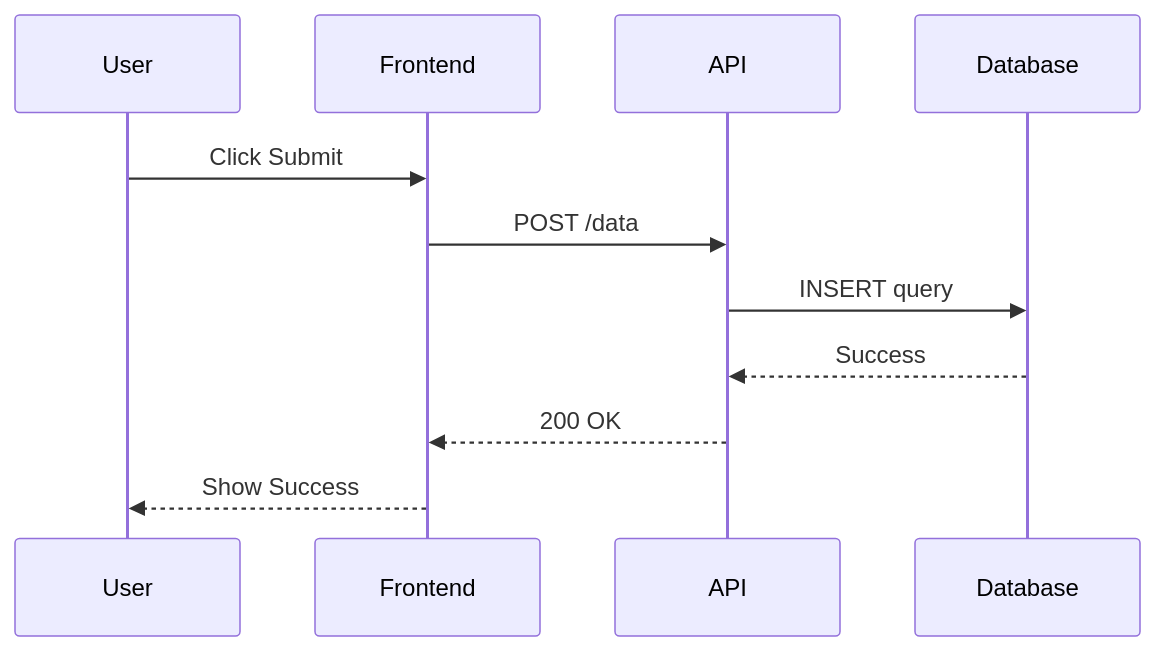
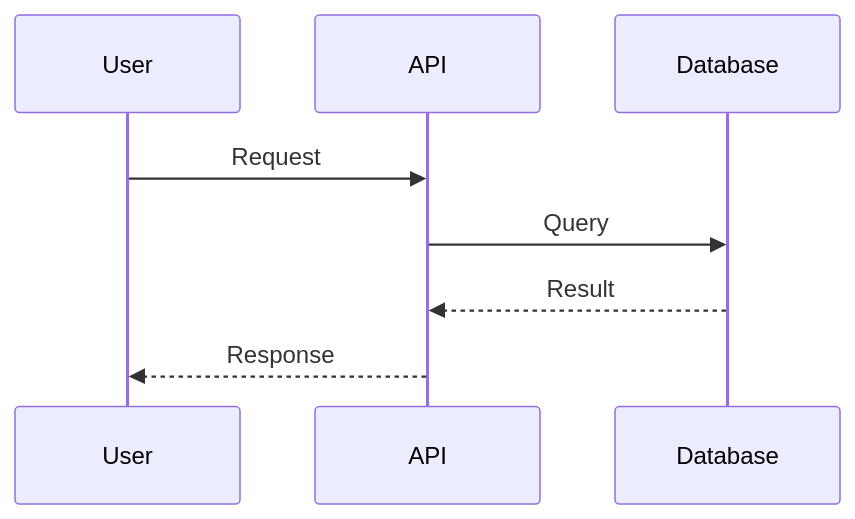
The second of 7 diagrams in skills/mermaid-diagrams/SKILL.md (kv0906/pm-kit), drawn with Mermaid before and after one commit. The commit also changed other lines of this file and 50 other files, not shown here.

````diff
--- a/skills/mermaid-diagrams/SKILL.md
+++ b/skills/mermaid-diagrams/SKILL.md
@@ -75,14 +74,7 @@
 ```mermaid
 sequenceDiagram
-    participant User
-    participant Frontend
-    participant API
-    participant Database
-
-    User->>Frontend: Click Submit
-    Frontend->>API: POST /data
-    API->>Database: INSERT query
-    Database-->>API: Success
-    API-->>Frontend: 200 OK
-    Frontend-->>User: Show Success
+    User->>API: Request
+    API->>Database: Query
+    Database-->>API: Result
+    API-->>User: Response
 ```
````
